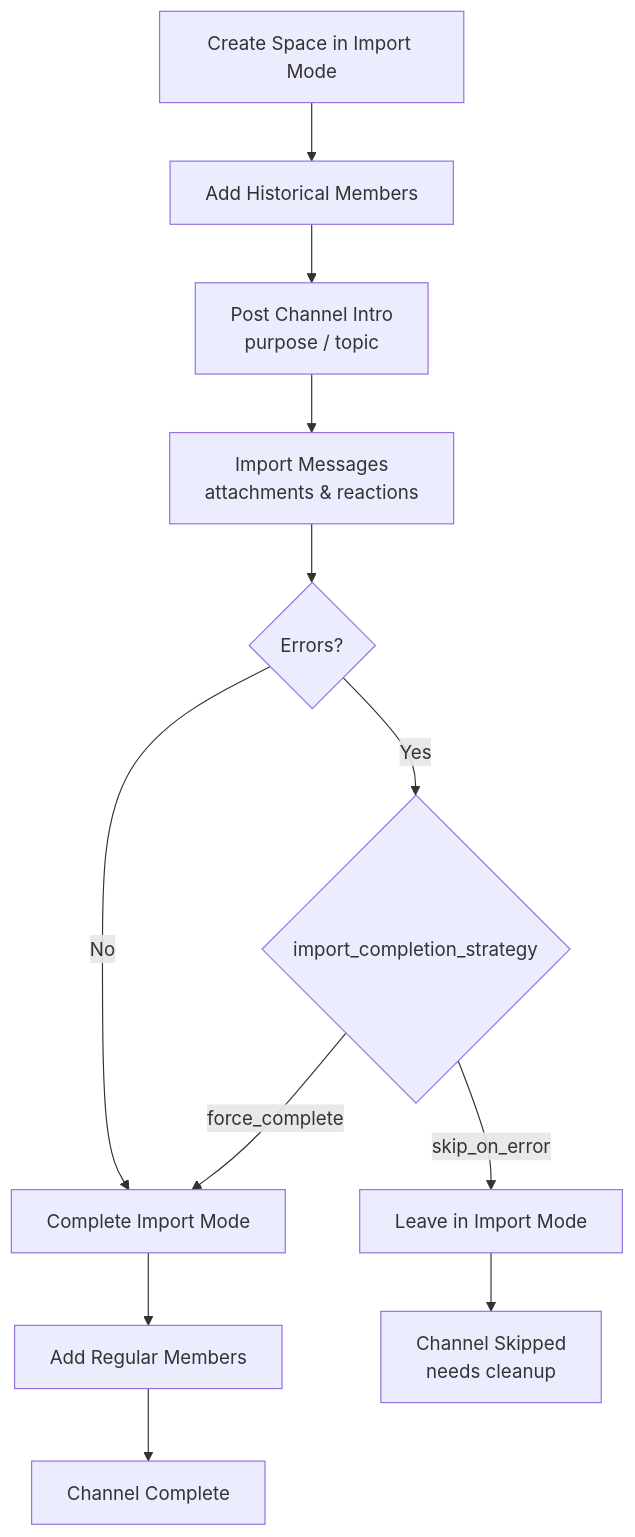
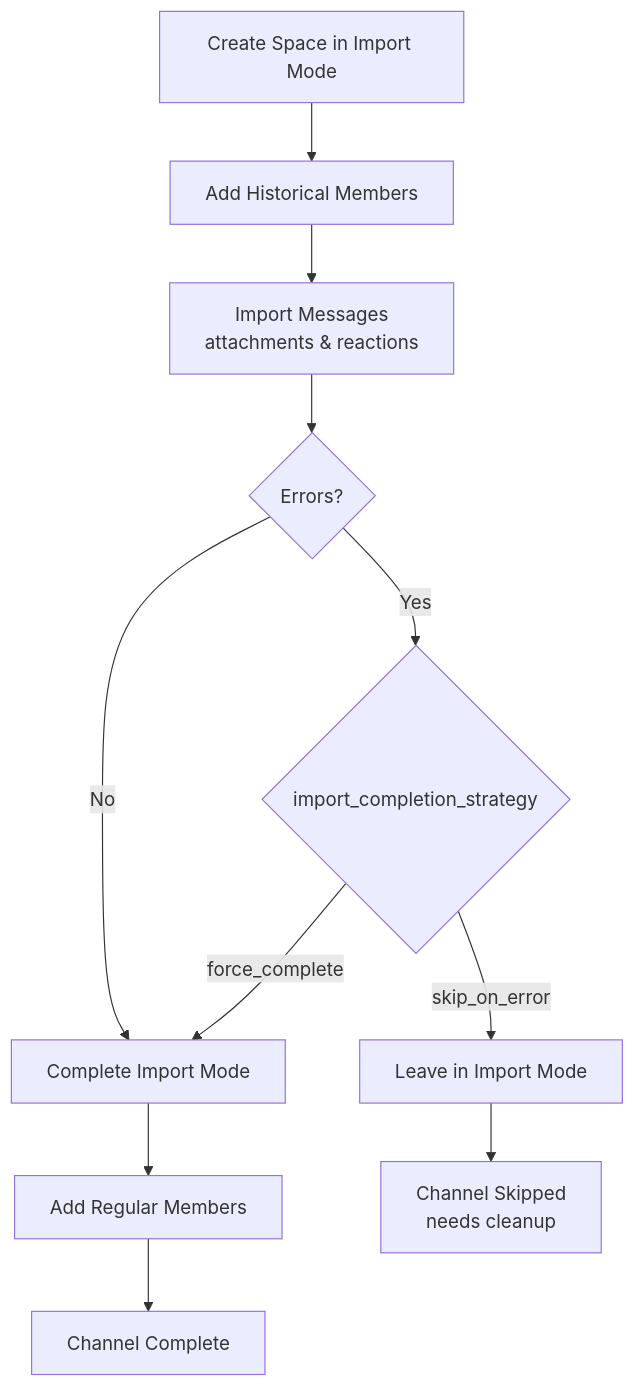
One commit to nicklamont/slack-chat-migrator changed the second of 2 diagrams in README.md. Above: the diagram before and after it, drawn with Mermaid. The commit also changed other lines of this file and 3 other files, not shown here.

````diff
--- a/README.md
+++ b/README.md
@@ -469,14 +470,13 @@
 ```mermaid
 flowchart TD
     A[Create Space in Import Mode] --> B[Add Historical Members]
-    B --> C[Post Channel Intro\npurpose / topic]
-    C --> D[Import Messages\nattachments & reactions]
+    B --> D[Import Messages\nattachments & reactions]
     D --> E{Errors?}
     E -->|No| F[Complete Import Mode]
     E -->|Yes| G{import_completion_strategy}
     G -->|skip_on_error| H[Leave in Import Mode]
     G -->|force_complete| F
     F --> I[Add Regular Members]
     I --> J[Channel Complete]
     H --> K[Channel Skipped\nneeds cleanup]
 ```
````
